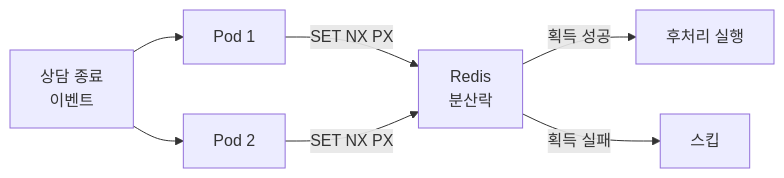
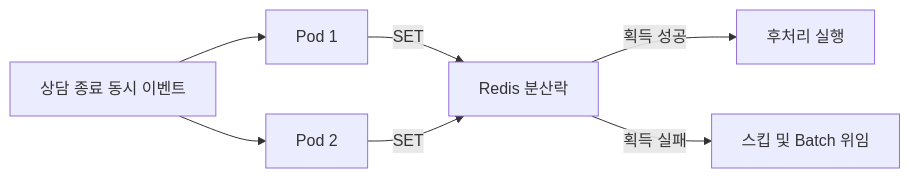
One commit to kos5667/kos5667.github.io changed the sixth of 12 diagrams in portfolio/slides_notion.md. Above: the diagram before and after it, drawn with Mermaid. The commit also changed other lines of this file and 1 other file, not shown here.

````diff
--- a/portfolio/slides_notion.md
+++ b/portfolio/slides_notion.md
@@ -169,9 +242,9 @@
 ```mermaid
 flowchart LR
-    Event[상담 종료\n이벤트] --> P1[Pod 1]
+    Event[상담 종료 동시 이벤트] --> P1[Pod 1]
     Event --> P2[Pod 2]
-    P1 -->|SET NX PX| Lock["Redis\n분산락"]
-    P2 -->|SET NX PX| Lock
+    P1 -->|SET| Lock["Redis 분산락"]
+    P2 -->|SET| Lock
     Lock -->|획득 성공| Process[후처리 실행]
-    Lock -->|획득 실패| Skip[스킵]
+    Lock -->|획득 실패| Skip[스킵 및 Batch 위임]
 ```
````
